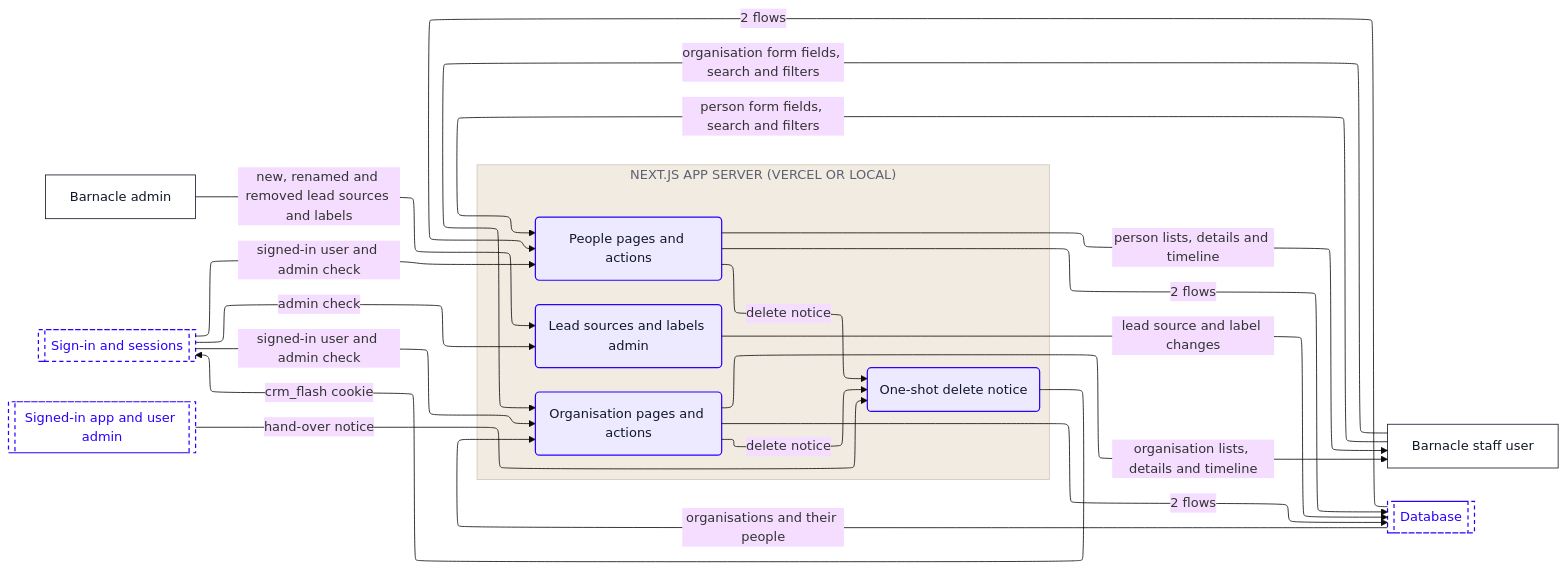
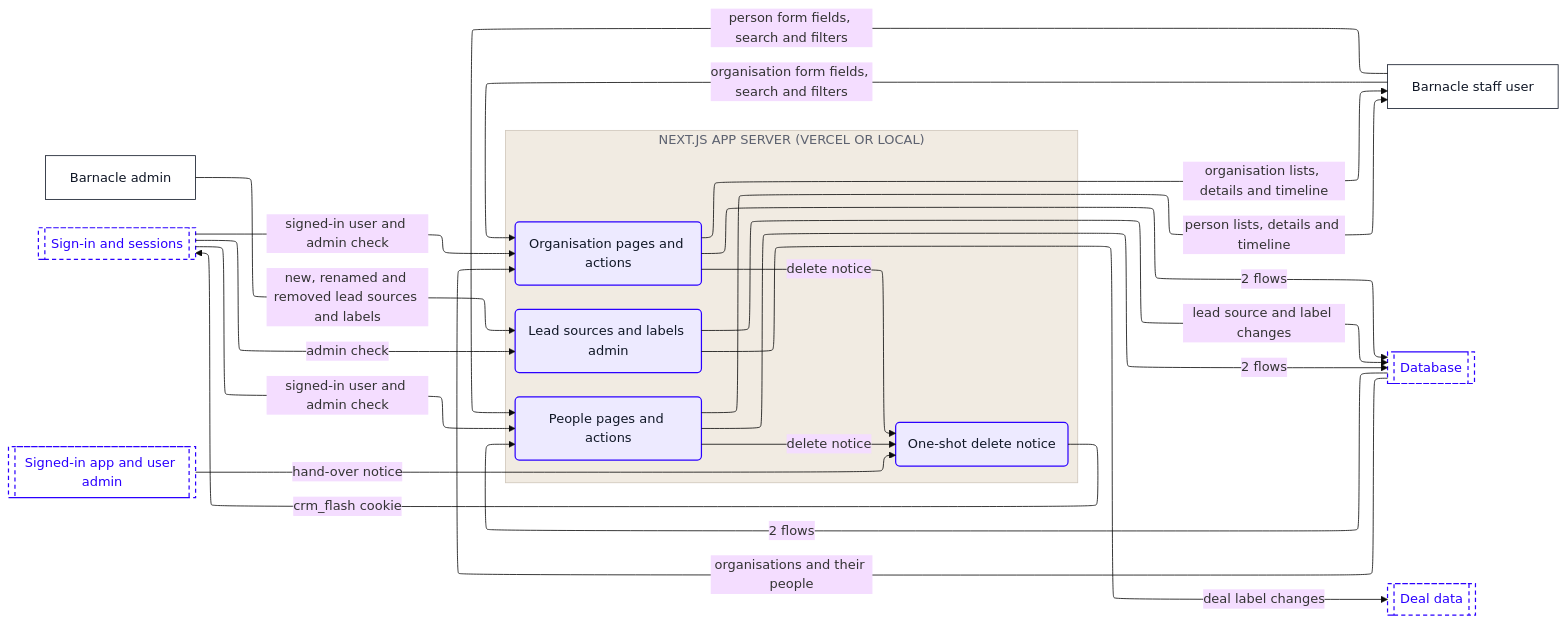
The seventh of 10 diagrams in dataflow/DATAFLOW.md (Romain-Perche/Barnacle-Pipe), drawn with Mermaid (base theme) before and after one commit. The commit also changed other lines of this file and 10 other files, not shown here.

````diff
--- a/dataflow/DATAFLOW.md
+++ b/dataflow/DATAFLOW.md
@@ -286,45 +333,47 @@
 ```mermaid
 ---
 config:
   layout: elk
 ---
 flowchart LR
     n1["Barnacle admin"]
     n2["Barnacle staff user"]
     subgraph z1["NEXT.JS APP SERVER (VERCEL OR LOCAL)"]
         n3("Lead sources and labels admin")
         n4("Organisation pages and actions")
         n5("People pages and actions")
         n6("One-shot delete notice")
     end
     n7[["Database"]]
-    n8[["Sign-in and sessions"]]
-    n9[["Signed-in app and user admin"]]
+    n8[["Deal data"]]
+    n9[["Sign-in and sessions"]]
+    n10[["Signed-in app and user admin"]]
     n1 -->|"new, renamed and removed lead sources and labels"| n3
     n3 -->|"lead source and label changes"| n7
+    n3 -->|"deal label changes"| n8
     n7 -->|"2 flows"| n5
     n4 -->|"2 flows"| n7
     n4 -->|"delete notice"| n6
     n4 -->|"organisation lists, details and timeline"| n2
     n7 -->|"organisations and their people"| n4
     n5 -->|"2 flows"| n7
     n5 -->|"delete notice"| n6
     n5 -->|"person lists, details and timeline"| n2
-    n6 -->|"crm_flash cookie"| n8
-    n8 -->|"admin check"| n3
-    n8 -->|"signed-in user and admin check"| n4
-    n8 -->|"signed-in user and admin check"| n5
+    n6 -->|"crm_flash cookie"| n9
+    n9 -->|"admin check"| n3
+    n9 -->|"signed-in user and admin check"| n4
+    n9 -->|"signed-in user and admin check"| n5
     n2 -->|"organisation form fields, search and filters"| n4
     n2 -->|"person form fields, search and filters"| n5
-    n9 -->|"hand-over notice"| n6
+    n10 -->|"hand-over notice"| n6
     classDef actor fill:#FFFFFF,stroke:#111827,stroke-width:1px,color:#111827
     classDef process fill:#EDEAFF,stroke:#2B00FF,stroke-width:1.5px,color:#111827
     classDef store fill:#FAF6F1,stroke:#111827,stroke-width:1.5px,color:#111827
     classDef zone fill:#1A1A1A,stroke:#1A1A1A,color:#FFFFFF
     classDef group fill:#2B00FF,stroke:#2B00FF,color:#FFFFFF
     classDef stub fill:#FFFFFF,stroke:#2B00FF,stroke-width:1.5px,stroke-dasharray:5 4,color:#2B00FF
     class n1,n2 actor
     class n3,n4,n5,n6 process
-    class n7,n8,n9 stub
+    class n7,n8,n9,n10 stub
     style z1 fill:#F1EBE2,stroke:#CFC7BB,color:#5D6270
 ```
````
